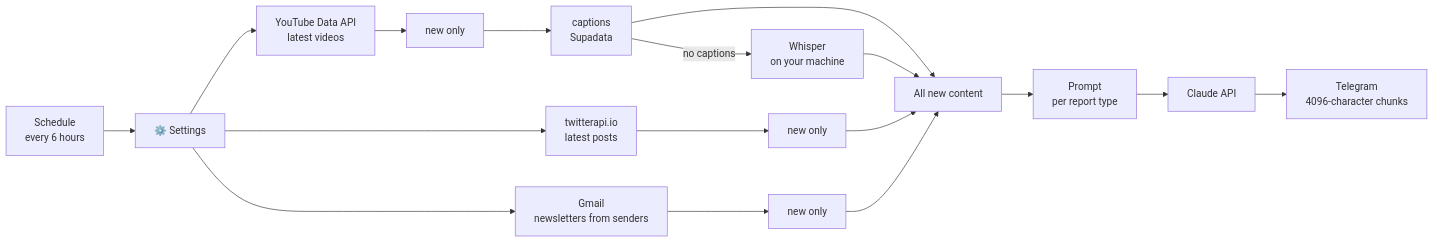
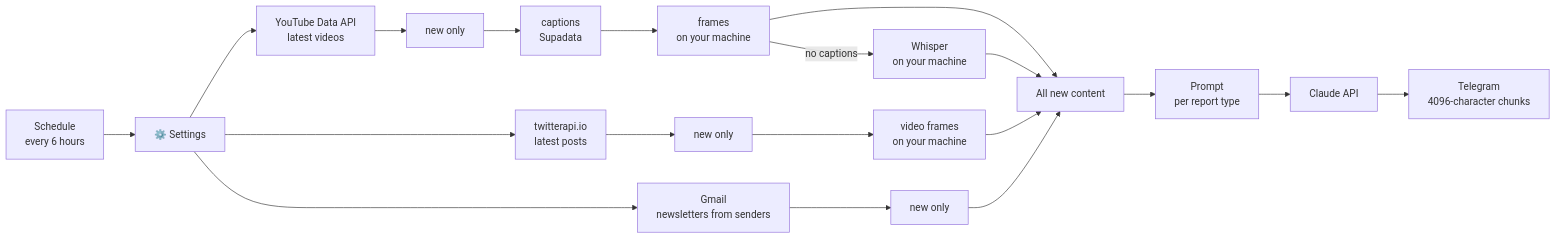
Before and after one commit to Jhanee01/n8n-content-digest: the diagram in README.md, drawn with Mermaid. The commit also changed other lines of this file and 3 other files, not shown here.

First line of the commit message:
Add video frames and an optional Claude subscription route

````diff
--- a/README.md
+++ b/README.md
@@ -27,16 +28,16 @@
 ```mermaid
 flowchart LR
     T[Schedule<br/>every 6 hours] --> C[⚙️ Settings]
     C --> YT[YouTube Data API<br/>latest videos]
     C --> X[twitterapi.io<br/>latest posts]
     C --> M[Gmail<br/>newsletters from senders]
-    YT --> D1[new only] --> S[captions<br/>Supadata]
-    S -->|no captions| W[Whisper<br/>on your machine]
-    X --> D2[new only]
+    YT --> D1[new only] --> S[captions<br/>Supadata] --> F1[frames<br/>on your machine]
+    F1 -->|no captions| W[Whisper<br/>on your machine]
+    X --> D2[new only] --> F2[video frames<br/>on your machine]
     M --> D3[new only]
-    S --> MG[All new content]
+    F1 --> MG[All new content]
     W --> MG
-    D2 --> MG
+    F2 --> MG
     D3 --> MG
     MG --> P[Prompt<br/>per report type] --> AI[Claude API] --> TG[Telegram<br/>4096-character chunks]
 ```
````
